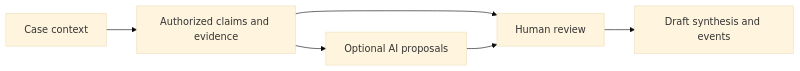
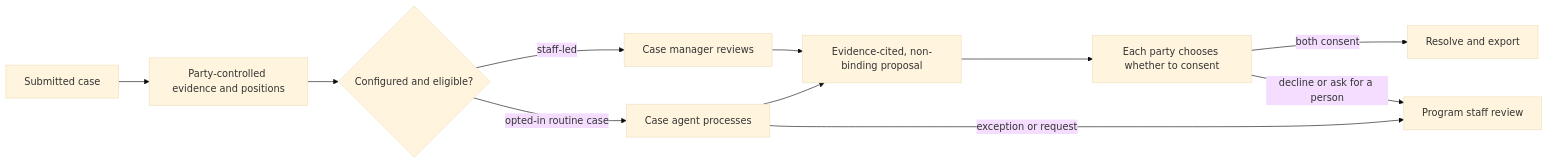
The diagram in README.md (martinlepage26-bit/aequitas), drawn with Mermaid (base theme) before and after one commit. The commit also changed other lines of this file and 6 other files, not shown here.

Commit message:
Align product promises with autonomous case agent

````diff
--- a/README.md
+++ b/README.md
@@ -9,8 +11,13 @@
 ```mermaid
 flowchart LR
-  A["Case context"] --> B["Authorized claims and evidence"]
-  B --> C["Human review"]
-  B --> D["Optional AI proposals"]
-  D --> C
-  C --> E["Draft synthesis and events"]
+  A["Submitted case"] --> B["Party-controlled evidence and positions"]
+  B --> C{"Configured and eligible?"}
+  C -->|staff-led| D["Case manager reviews"]
+  C -->|opted-in routine case| E["Case agent processes"]
+  E --> F["Evidence-cited, non-binding proposal"]
+  D --> F
+  E -->|exception or request| G["Program staff review"]
+  F --> H["Each party chooses whether to consent"]
+  H -->|both consent| I["Resolve and export"]
+  H -->|decline or ask for a person| G
 ```
````
